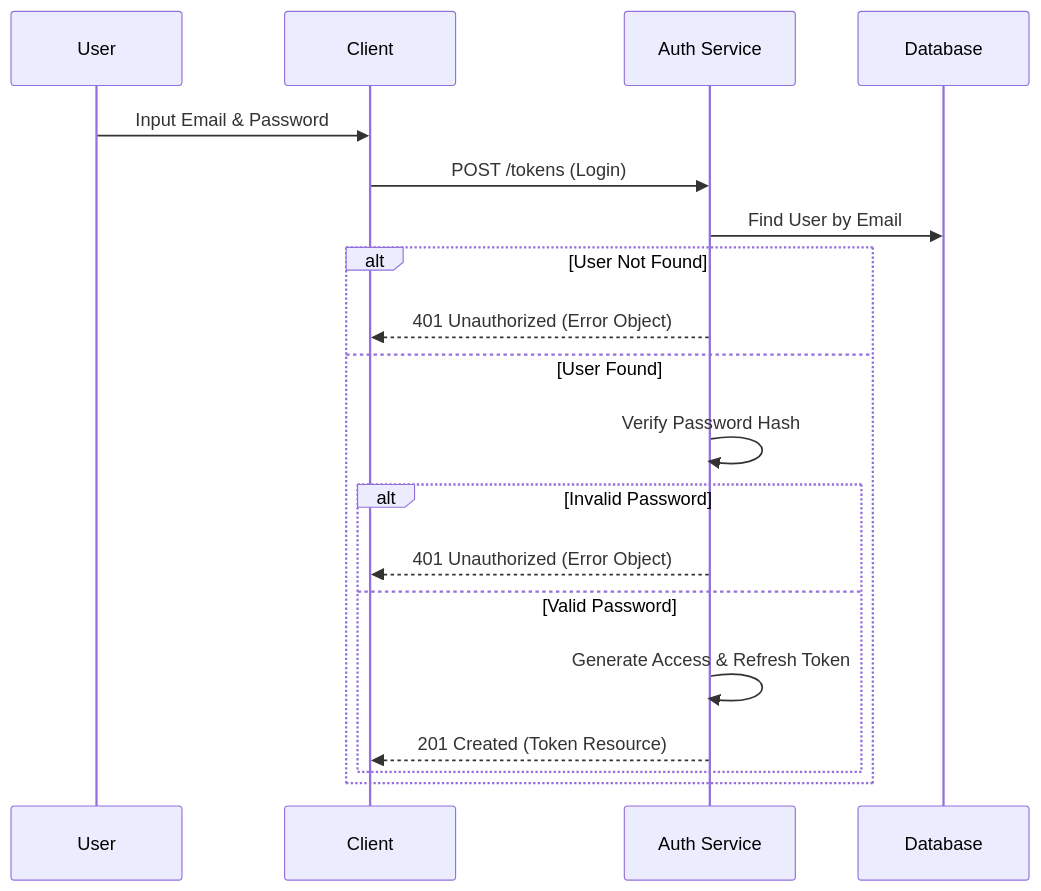
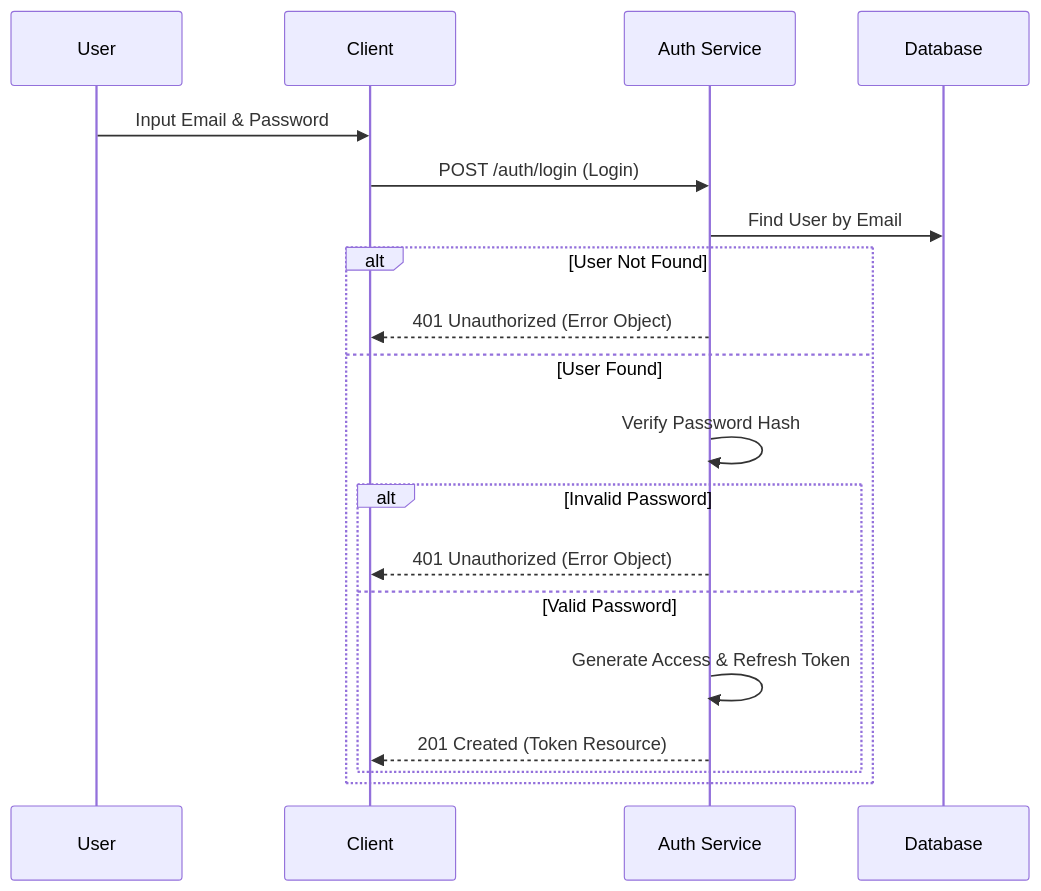
The first of 3 diagrams in .agent/modules/iam-security/authentication.md (vheins/vibe-coding-template), drawn with Mermaid before and after one commit. The commit also changed other lines of this file and 5 other files, not shown here.

````diff
--- a/.agent/modules/iam-security/authentication.md
+++ b/.agent/modules/iam-security/authentication.md
@@ -68,22 +68,22 @@
 ```mermaid
 sequenceDiagram
     participant User
     participant Client
     participant API as Auth Service
     participant DB as Database
 
     User->>Client: Input Email & Password
-    Client->>API: POST /tokens (Login)
+    Client->>API: POST /auth/login (Login)
     API->>DB: Find User by Email
     alt User Not Found
         API-->>Client: 401 Unauthorized (Error Object)
     else User Found
         API->>API: Verify Password Hash
         alt Invalid Password
             API-->>Client: 401 Unauthorized (Error Object)
         else Valid Password
             API->>API: Generate Access & Refresh Token
             API-->>Client: 201 Created (Token Resource)
         end
     end
 ```
````
